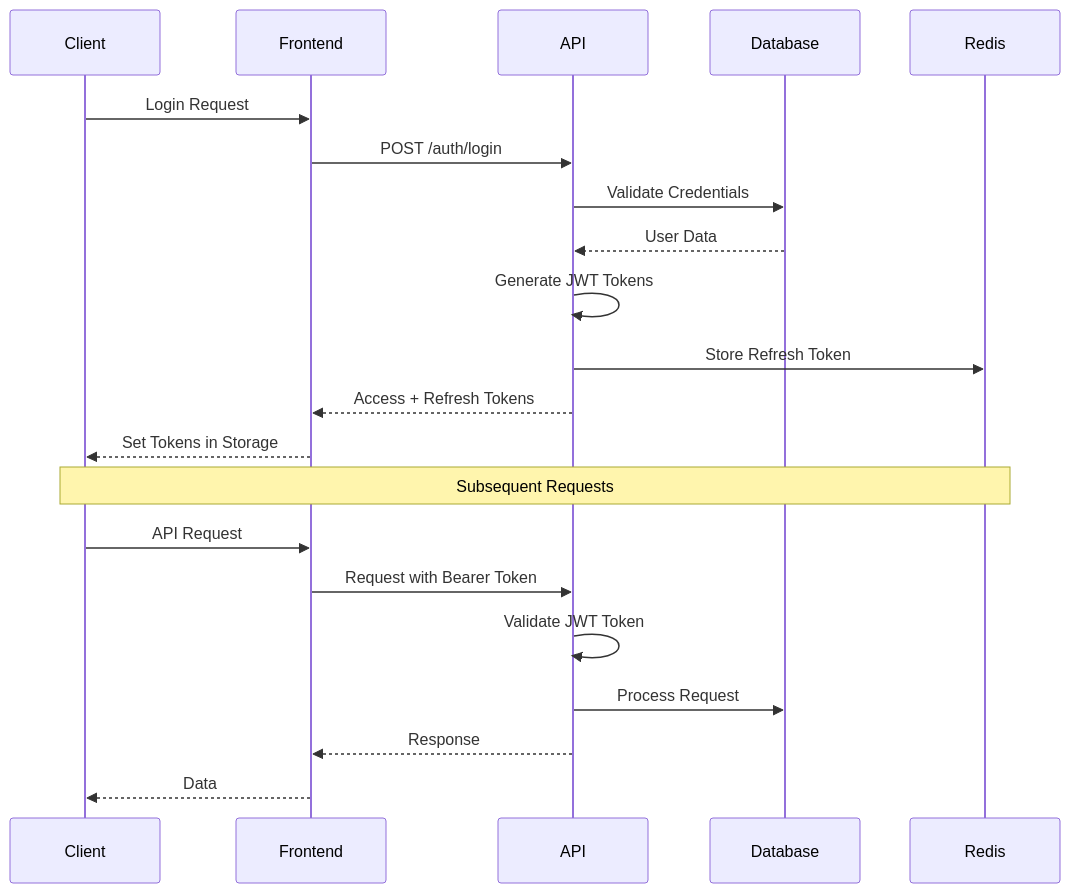
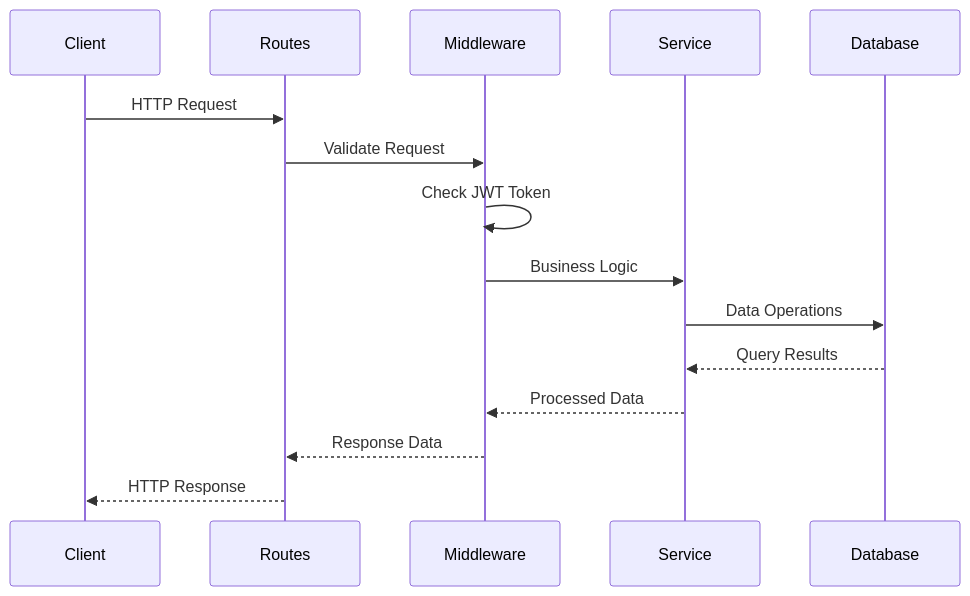
The fifth of 10 diagrams in App.Docs/ARCHITECTURE.md (LittleMoonie/TimeManager), drawn with Mermaid before and after one commit. The commit also changed other lines of this file and 31 other files, not shown here.

````diff
--- a/App.Docs/ARCHITECTURE.md
+++ b/App.Docs/ARCHITECTURE.md
@@ -223,25 +277,18 @@
 ```mermaid
 sequenceDiagram
     participant C as Client
-    participant F as Frontend
-    participant A as API
+    participant R as Routes
+    participant M as Middleware
+    participant S as Service
     participant D as Database
-    participant R as Redis
-
-    C->>F: Login Request
-    F->>A: POST /auth/login
-    A->>D: Validate Credentials
-    D-->>A: User Data
-    A->>A: Generate JWT Tokens
-    A->>R: Store Refresh Token
-    A-->>F: Access + Refresh Tokens
-    F-->>C: Set Tokens in Storage
     
-    Note over C,R: Subsequent Requests
-    C->>F: API Request
-    F->>A: Request with Bearer Token
-    A->>A: Validate JWT Token
-    A->>D: Process Request
-    A-->>F: Response
-    F-->>C: Data
+    C->>R: HTTP Request
+    R->>M: Validate Request
+    M->>M: Check JWT Token
+    M->>S: Business Logic
+    S->>D: Data Operations
+    D-->>S: Query Results
+    S-->>M: Processed Data
+    M-->>R: Response Data
+    R-->>C: HTTP Response
 ```
````
